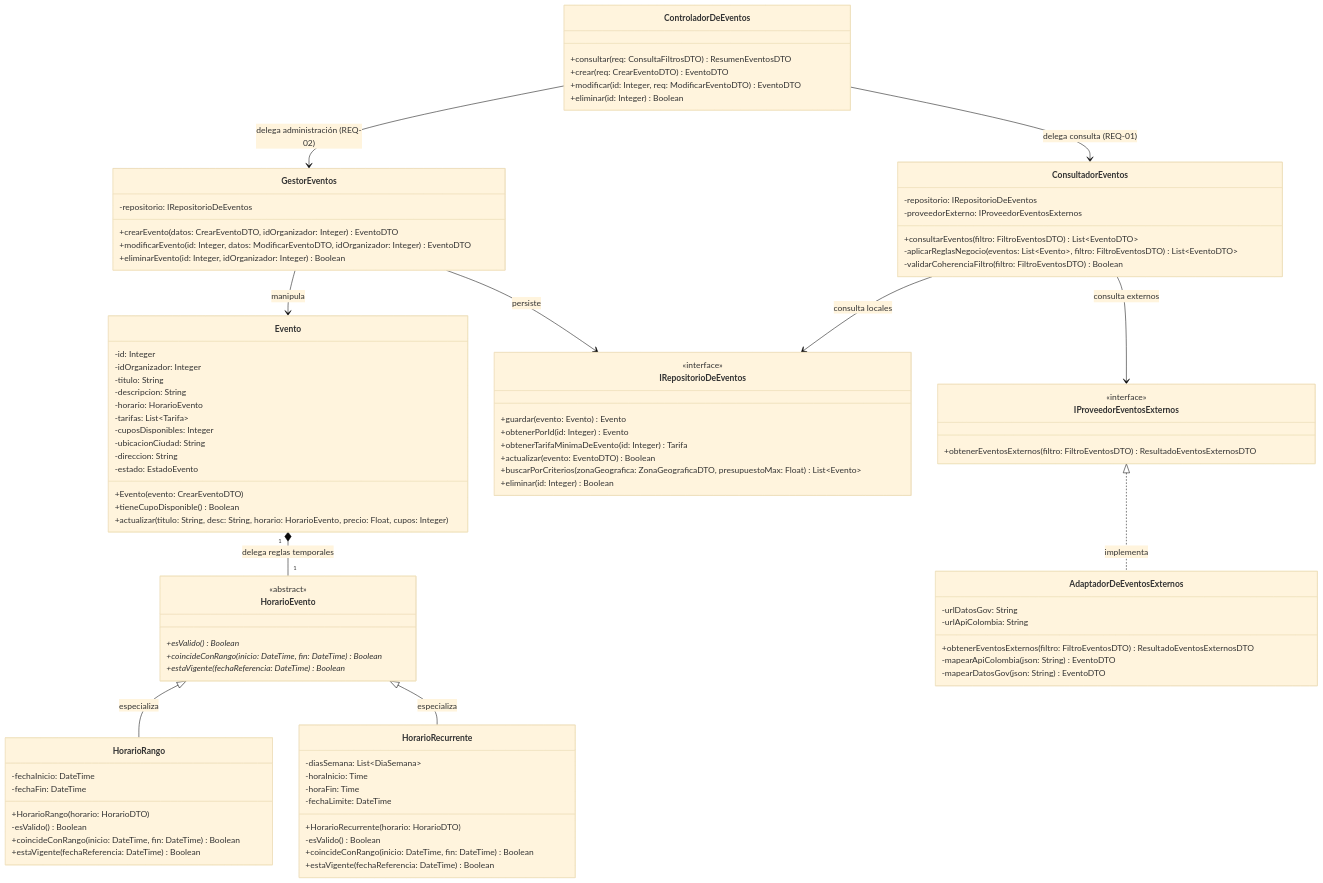
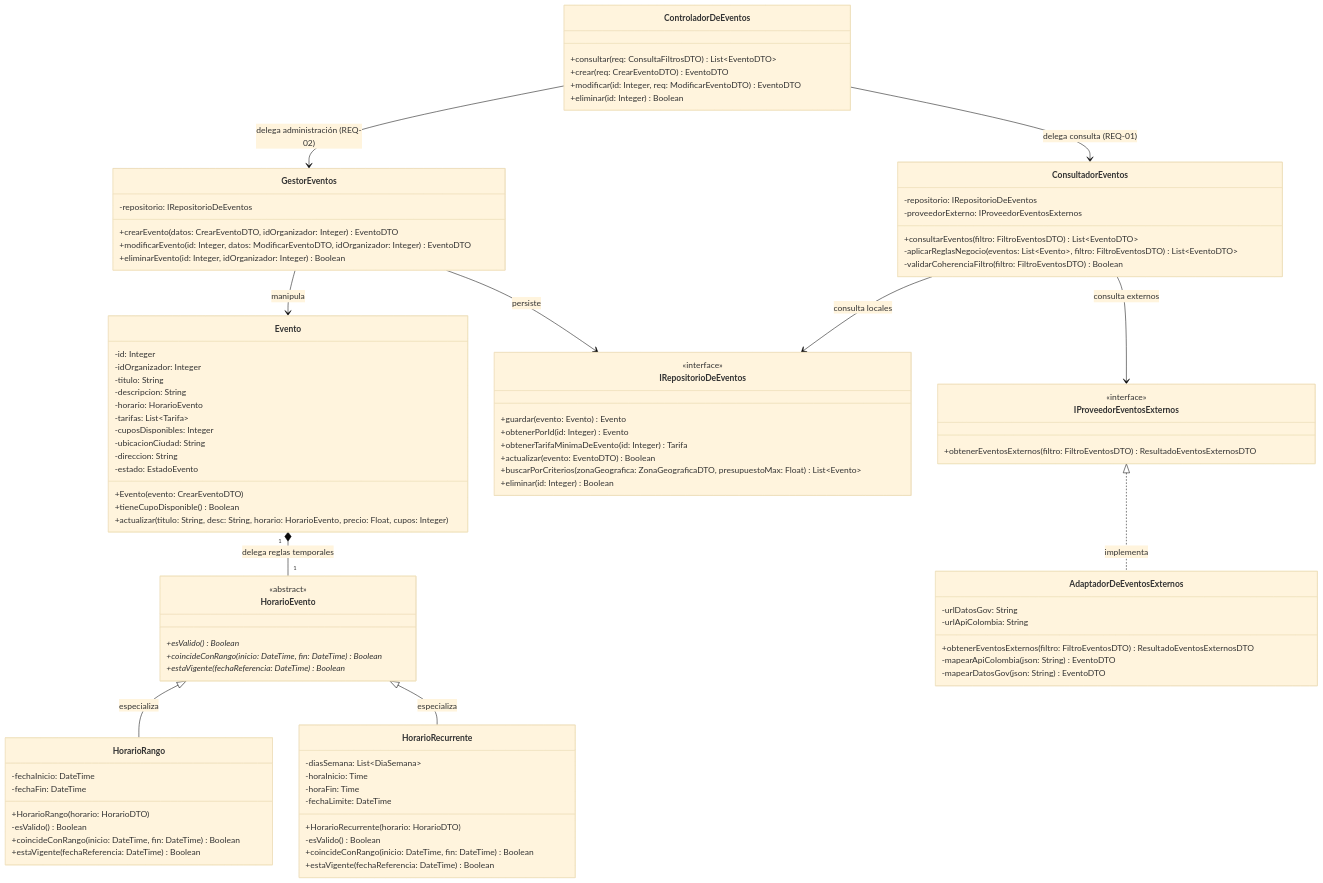
Before and after one commit to ProyectPlanning/Sistema_de_eventos: the second of 3 diagrams in Docs/Design/Diseño Arquitectónico detallado 01.md, drawn with Mermaid (base theme).

Commit message:
Fix method return type in class diagram

```diff
--- a/Docs/Design/Diseño Arquitectónico detallado 01.md
+++ b/Docs/Design/Diseño Arquitectónico detallado 01.md
@@ -139,7 +139,7 @@
 classDiagram
     %% Capa de Entrada
     class ControladorDeEventos {
-        +consultar(req: ConsultaFiltrosDTO) ResumenEventosDTO
+        +consultar(req: ConsultaFiltrosDTO) List~EventoDTO~
         +crear(req: CrearEventoDTO) EventoDTO
         +modificar(id: Integer, req: ModificarEventoDTO) EventoDTO
         +eliminar(id: Integer) Boolean
```
